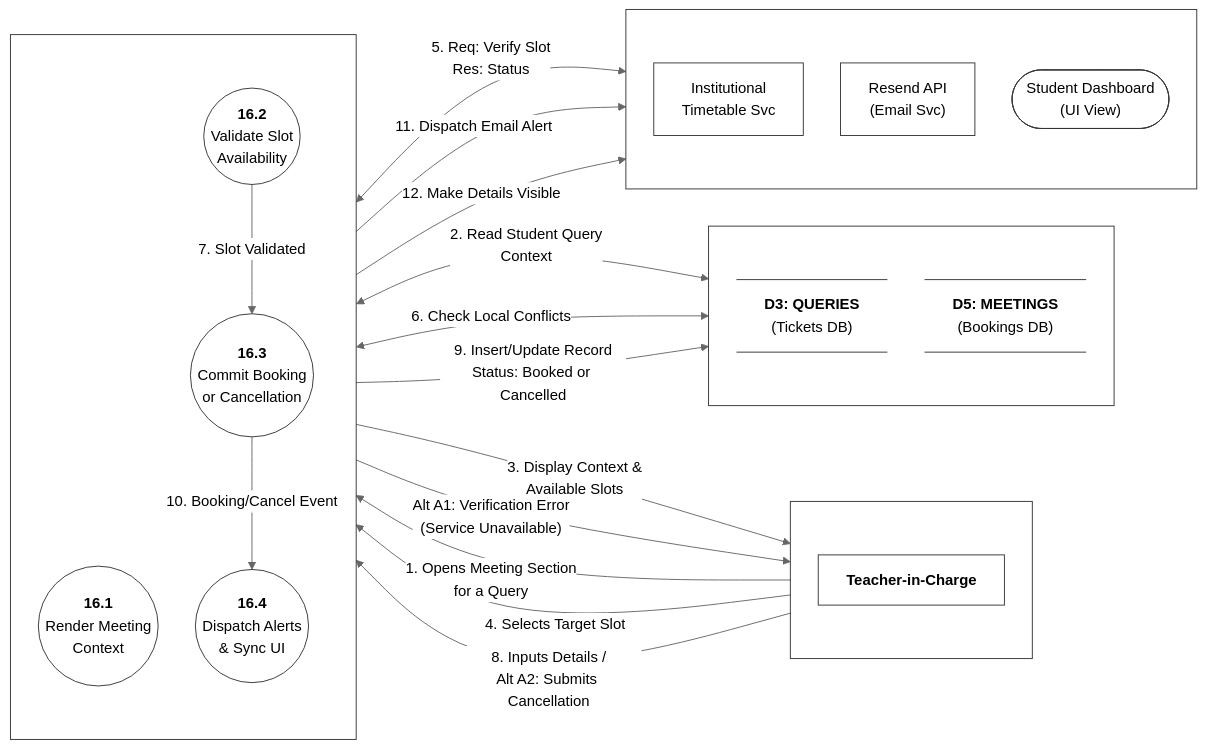
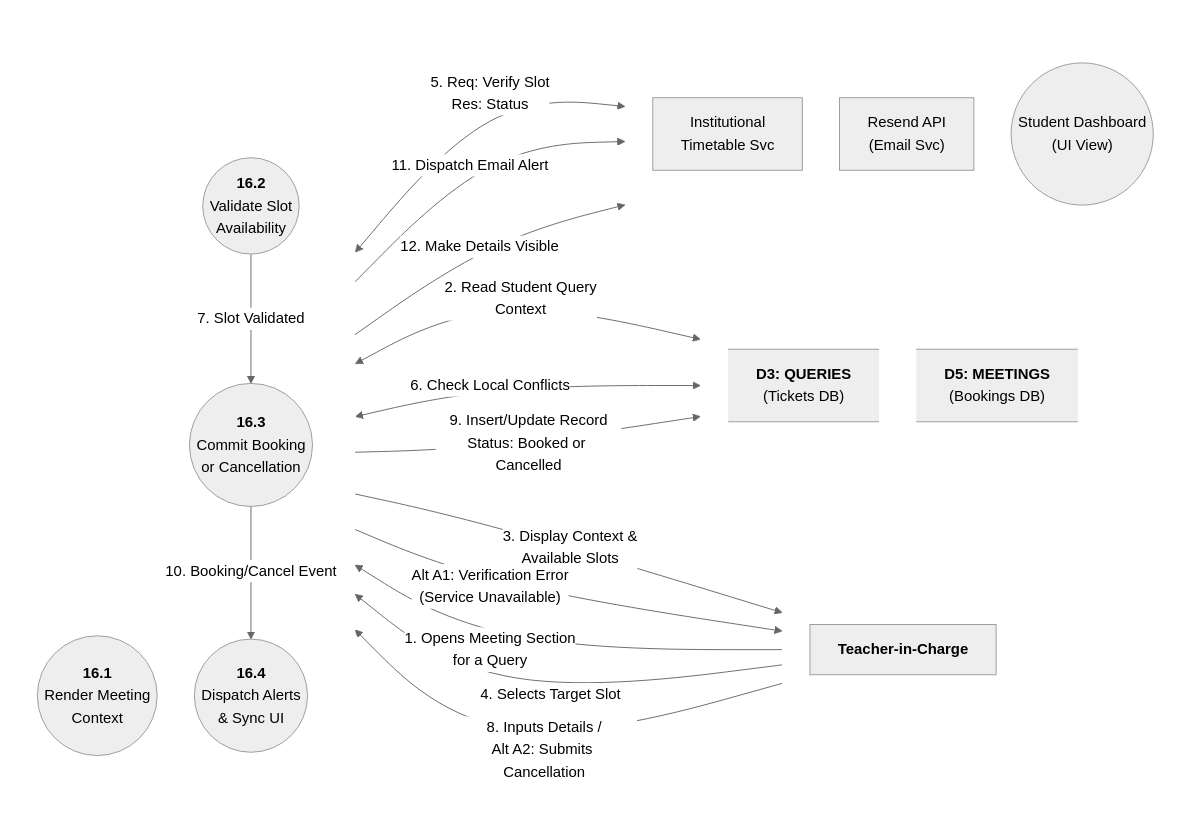
One commit to aryanhrc3428/Semester-5 changed the diagram in SE/ideathon/documents/L2-DFD-T06.mmd. Above: the diagram before and after it, drawn with Mermaid (neutral theme). The commit also changed 43 other files, not shown here.

```diff
--- a/SE/ideathon/documents/L2-DFD-T06.mmd
+++ b/SE/ideathon/documents/L2-DFD-T06.mmd
@@ -1,90 +1,80 @@
 %%{init: {
   "flowchart": {
     "htmlLabels": true,
     "nodeSpacing": 40,
     "rankSpacing": 90,
     "padding": 15
   }
 }}%%
 flowchart LR
 
     %% -------------------------------------------------------------
     %% COLUMN 1: ACTORS
     %% -------------------------------------------------------------
     subgraph Actors [" "]
         direction TB
         TIC["<b>Teacher-in-Charge</b>"]
     end
 
     %% -------------------------------------------------------------
     %% COLUMN 2: SUB-PROCESSES (Decomposition of 16.0)
     %% -------------------------------------------------------------
     subgraph SubProcesses [" "]
         direction TB
         P16_1(("<b>16.1</b><br/>Render Meeting<br/>Context"))
         P16_2(("<b>16.2</b><br/>Validate Slot<br/>Availability"))
         P16_3(("<b>16.3</b><br/>Commit Booking<br/>or Cancellation"))
         P16_4(("<b>16.4</b><br/>Dispatch Alerts<br/>& Sync UI"))
     end
 
     %% -------------------------------------------------------------
     %% COLUMN 3: DATA STORES & ROUTING
     %% -------------------------------------------------------------
     subgraph DataStores [" "]
         direction TB
         D3@{ shape: datastore, label: "<b>D3: QUERIES</b><br/>(Tickets DB)" }
         D5@{ shape: datastore, label: "<b>D5: MEETINGS</b><br/>(Bookings DB)" }
     end
 
     %% -------------------------------------------------------------
     %% COLUMN 4: EXTERNAL SERVICES & UI SINKS
     %% -------------------------------------------------------------
     subgraph ExtServices [" "]
         direction TB
         ExtTimetable["Institutional<br/>Timetable Svc"]
         ExtEmail["Resend API<br/>(Email Svc)"]
-        StudentDash(["Student Dashboard<br/>(UI View)"])
+        StudentDash(("Student Dashboard<br/>(UI View)"))
     end
 
     %% =============================================================
     %% DATA FLOWS
     %% =============================================================
 
     %% --- 16.1 Render Context ---
     TIC -->|"1. Opens Meeting Section<br/>for a Query"| P16_1
     P16_1 <-->|"2. Read Student Query<br/>Context"| D3
     P16_1 -->|"3. Display Context &<br/>Available Slots"| TIC
     
     %% --- 16.2 Validate Slot ---
     TIC -->|"4. Selects Target Slot"| P16_2
     P16_2 <-->|"5. Req: Verify Slot<br/>Res: Status"| ExtTimetable
     P16_2 <-->|"6. Check Local Conflicts"| D5
     P16_2 -->|"Alt A1: Verification Error<br/>(Service Unavailable)"| TIC
     
     %% --- 16.3 Commit Action ---
     P16_2 -->|"7. Slot Validated"| P16_3
     TIC -->|"8. Inputs Details /<br/>Alt A2: Submits Cancellation"| P16_3
     P16_3 -->|"9. Insert/Update Record<br/>Status: Booked or Cancelled"| D5
     
     %% --- 16.4 Dispatch Alerts ---
     P16_3 -->|"10. Booking/Cancel Event"| P16_4
     P16_4 -->|"11. Dispatch Email Alert"| ExtEmail
     P16_4 -->|"12. Make Details Visible"| StudentDash
 
     %% -------------------------------------------------------------
     %% STYLING
     %% -------------------------------------------------------------
-    classDef processStyle fill:#fff,stroke:#333,stroke-width:1px,color:#000
-    classDef storeStyle fill:#fff,stroke:#333,stroke-width:1px,color:#000
-    classDef actorStyle fill:#fff,stroke:#333,stroke-width:1px,color:#000
-    classDef extStyle fill:#fff,stroke:#333,stroke-width:1px,color:#000
-
-    class P16_1,P16_2,P16_3,P16_4 processStyle;
-    class D3,D5 storeStyle;
-    class TIC actorStyle;
-    class ExtTimetable,ExtEmail,StudentDash extStyle;
-
-    style Actors fill:none,stroke:#333,stroke-width:1px
-    style SubProcesses fill:none,stroke:#333,stroke-width:1px
-    style DataStores fill:none,stroke:#333,stroke-width:1px
-    style ExtServices fill:none,stroke:#333,stroke-width:1px
+    style Actors fill:none, stroke:none
+    style DataStores fill:none, stroke:none
+    style SubProcesses fill:none, stroke:none
+    style ExtServices fill:none, stroke:none
```
